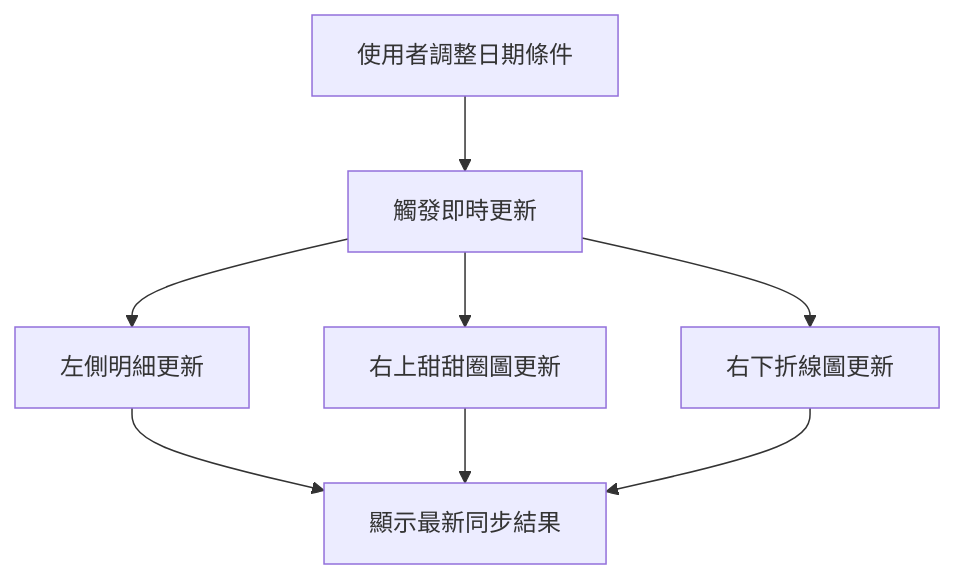
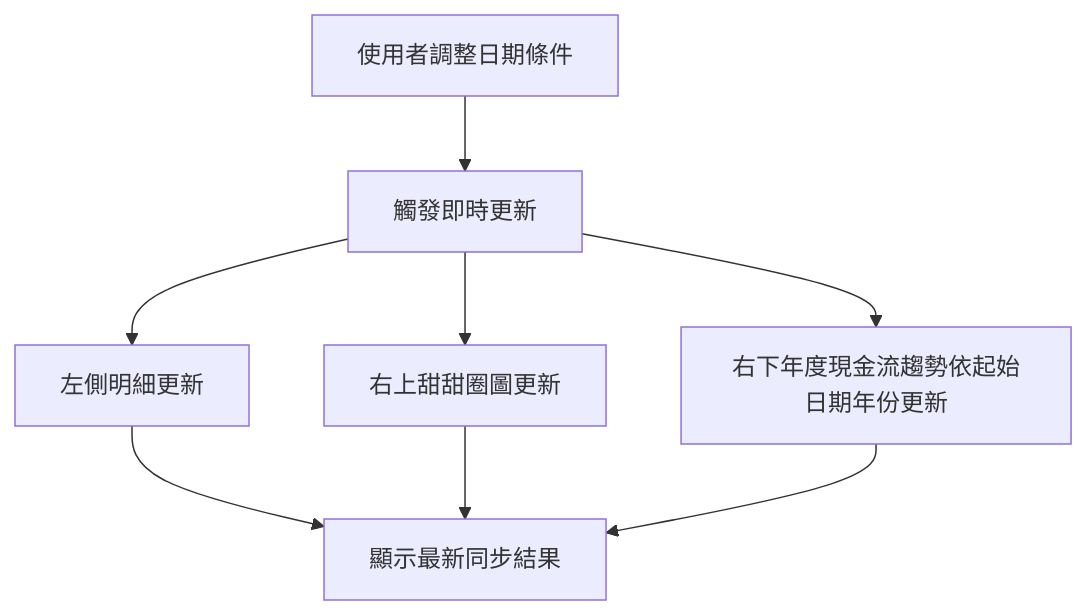
One commit to ivyliu1201/personal-accounting-app changed the sixth of 12 diagrams in FLOW.md. Above: the diagram before and after it, drawn with Mermaid. The commit also changed other lines of this file and 3 other files, not shown here.

Commit message:
Document cash flow chart requirements

````diff
--- a/FLOW.md
+++ b/FLOW.md
@@ -68,10 +79,10 @@
 ```mermaid
 flowchart TD
 A[使用者調整日期條件] --> B[觸發即時更新]
 B --> C[左側明細更新]
 B --> D[右上甜甜圈圖更新]
-B --> E[右下折線圖更新]
+B --> E[右下年度現金流趨勢依起始日期年份更新]
 C --> F[顯示最新同步結果]
 D --> F
 E --> F
 ```
````
